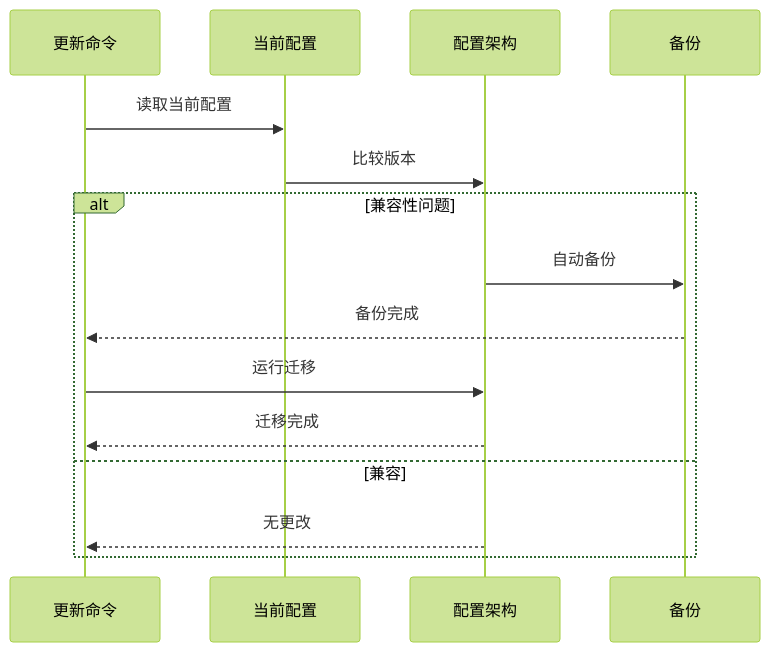
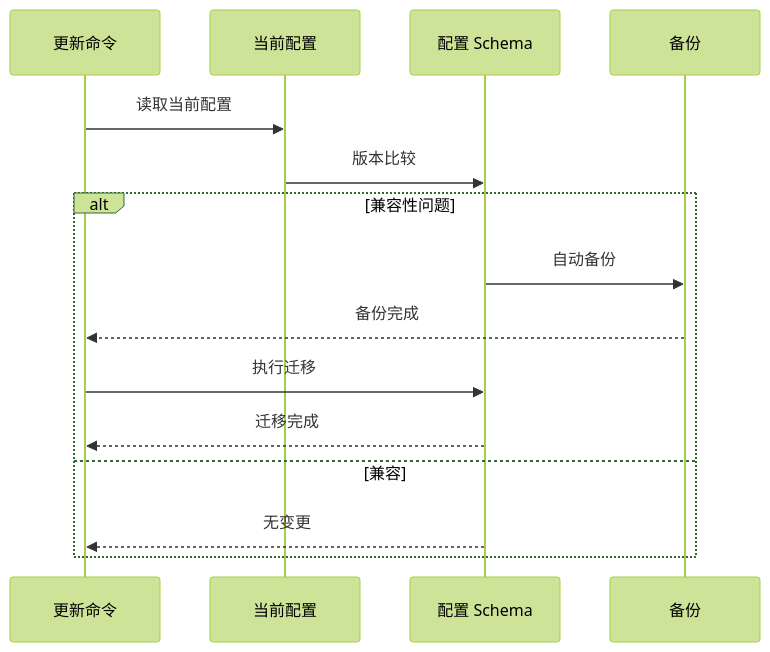
Before and after one commit to modu-ai/moai-adk: the second of 3 diagrams in docs-site/content/zh/getting-started/update.md, drawn with Mermaid (forest theme). The commit also changed other lines of this file and 395 other files, not shown here.

````diff
--- a/docs-site/content/zh/getting-started/update.md
+++ b/docs-site/content/zh/getting-started/update.md
@@ -118,18 +118,18 @@
 ```mermaid
 sequenceDiagram
     participant Update as 更新命令
     participant Current as 当前配置
-    participant Schema as 配置架构
+    participant Schema as 配置 Schema
     participant Backup as 备份
 
     Update->>Current: 读取当前配置
-    Current->>Schema: 比较版本
+    Current->>Schema: 版本比较
     alt 兼容性问题
         Schema->>Backup: 自动备份
         Backup-->>Update: 备份完成
-        Update->>Schema: 运行迁移
+        Update->>Schema: 执行迁移
         Schema-->>Update: 迁移完成
     else 兼容
-        Schema-->>Update: 无更改
+        Schema-->>Update: 无变更
     end
 ```
````
